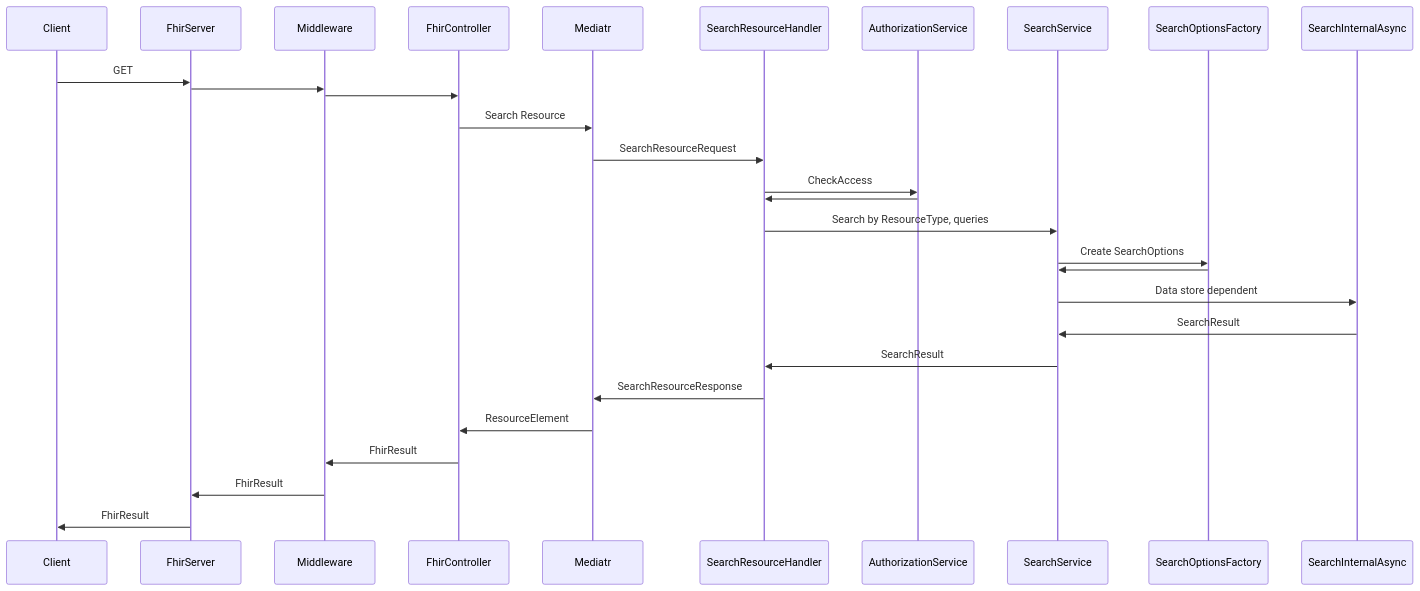
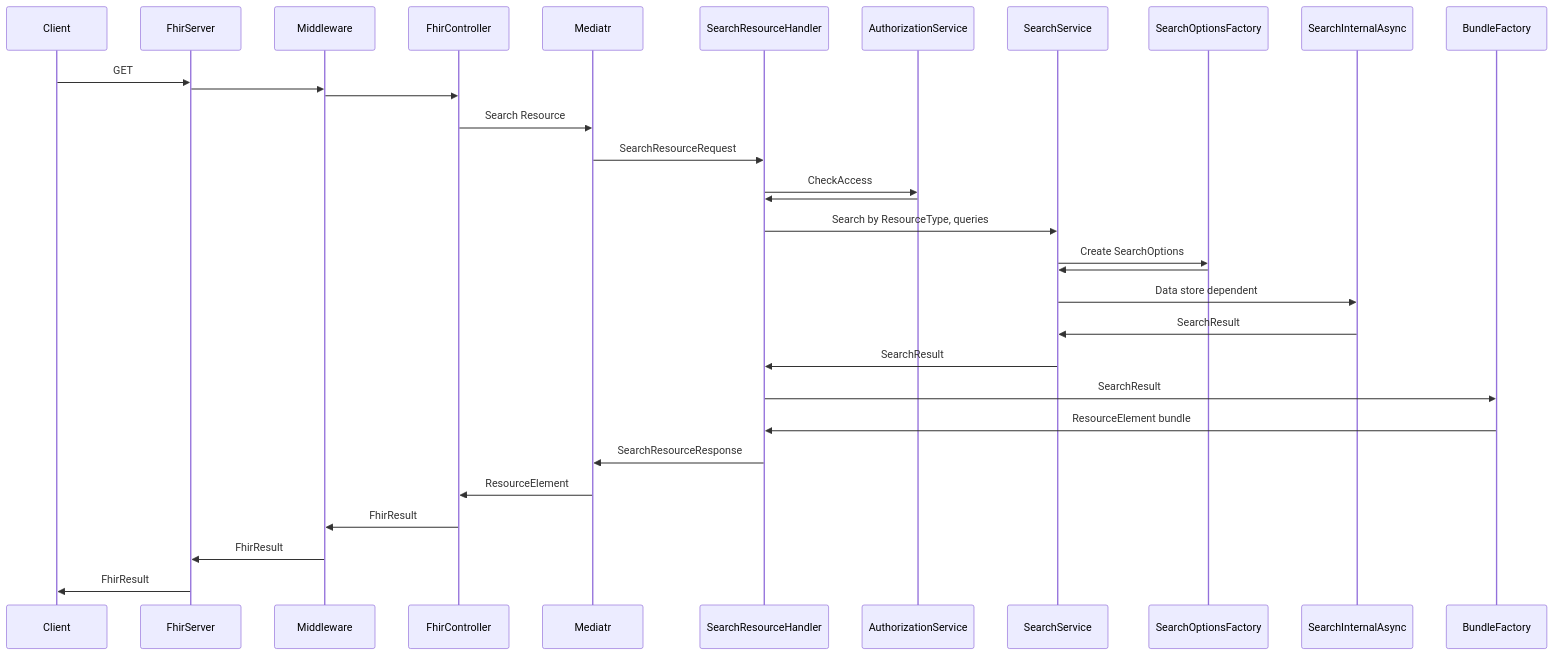
The diagram in docs/flow diagrams/search-api.md (microsoft/fhir-server), drawn with Mermaid before and after one commit. The commit also changed 2 other files, not shown here.

Commit message:
Addressing PR feedback

````diff
--- a/docs/flow diagrams/search-api.md
+++ b/docs/flow diagrams/search-api.md
@@ -1,21 +1,23 @@
 ```mermaid
 sequenceDiagram
     Client->>FhirServer: GET
     FhirServer->>Middleware:
     Middleware->>FhirController:
     FhirController->>Mediatr: Search Resource
     Mediatr->>SearchResourceHandler: SearchResourceRequest
     SearchResourceHandler->>AuthorizationService: CheckAccess
     AuthorizationService->>SearchResourceHandler:
     SearchResourceHandler->>SearchService: Search by ResourceType, queries
     SearchService->>SearchOptionsFactory: Create SearchOptions
     SearchOptionsFactory->>SearchService:
     SearchService->>SearchInternalAsync: Data store dependent
     SearchInternalAsync->>SearchService: SearchResult
     SearchService->>SearchResourceHandler: SearchResult
+    SearchResourceHandler->>BundleFactory: SearchResult
+    BundleFactory->>SearchResourceHandler: ResourceElement bundle
     SearchResourceHandler->>Mediatr: SearchResourceResponse
     Mediatr->>FhirController: ResourceElement
     FhirController->>Middleware: FhirResult
     Middleware->>FhirServer: FhirResult
     FhirServer->>Client: FhirResult
 ```
````
